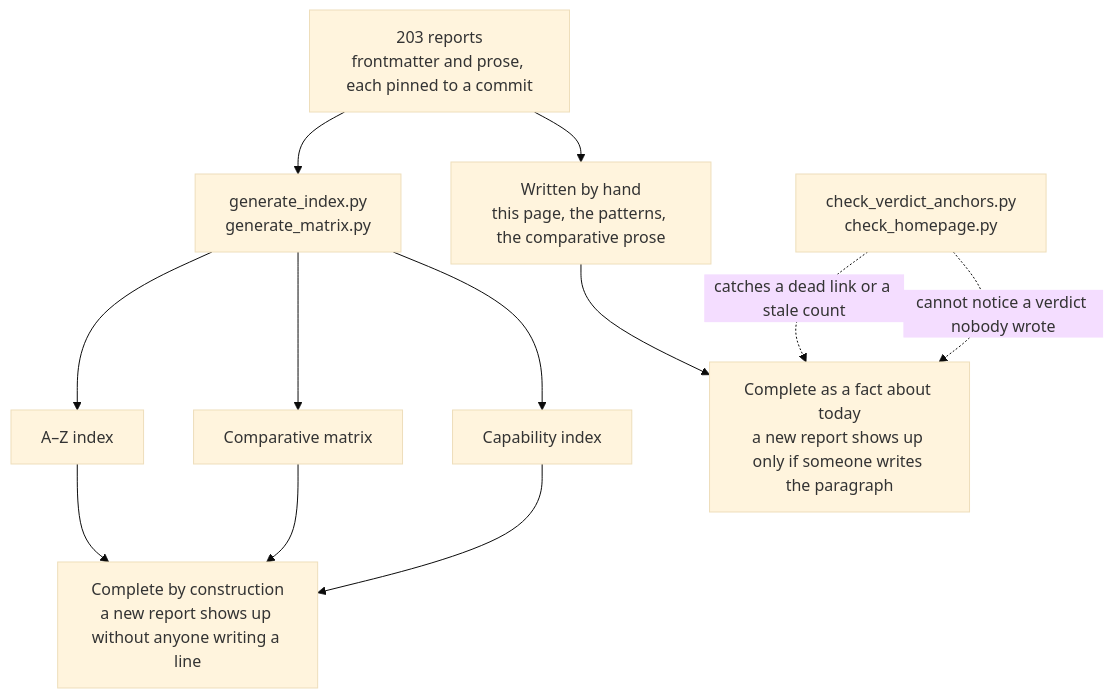
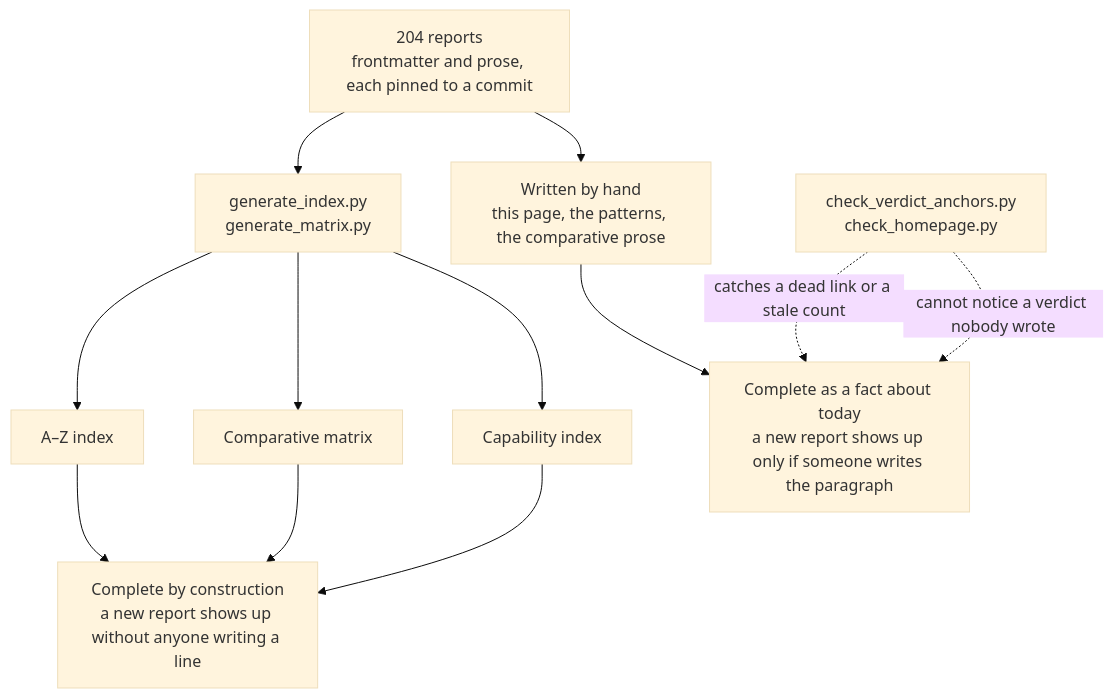
One commit to neoneye/agent-memory-atlas changed the diagram in content/verdicts.md. Above: the diagram before and after it, drawn with Mermaid (base theme). The commit also changed other lines of this file and 21 other files, not shown here.

````diff
--- a/content/verdicts.md
+++ b/content/verdicts.md
@@ -40,15 +40,15 @@
 ```mermaid
 flowchart TD
-    R["203 reports<br/>frontmatter and prose, each pinned to a commit"]
+    R["204 reports<br/>frontmatter and prose, each pinned to a commit"]
     R --> GEN["generate_index.py<br/>generate_matrix.py"]
     R --> HAND["Written by hand<br/>this page, the patterns, the comparative prose"]
     GEN --> AZ["A–Z index"]
     GEN --> MX["Comparative matrix"]
     GEN --> CI["Capability index"]
     AZ --> CONST["Complete by construction<br/>a new report shows up without anyone writing a line"]
     MX --> CONST
     CI --> CONST
     HAND --> TODAY["Complete as a fact about today<br/>a new report shows up only if someone writes the paragraph"]
     CHK["check_verdict_anchors.py<br/>check_homepage.py"] -.->|"catches a dead link or a stale count"| TODAY
     CHK -.->|"cannot notice a verdict nobody wrote"| TODAY
 ```
````
